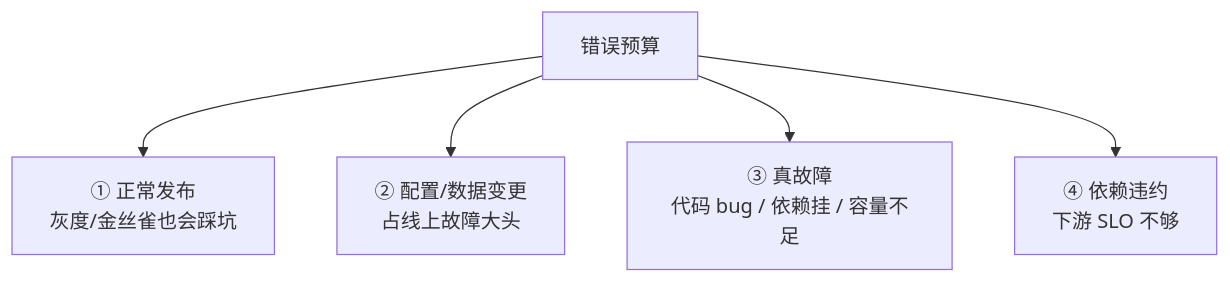
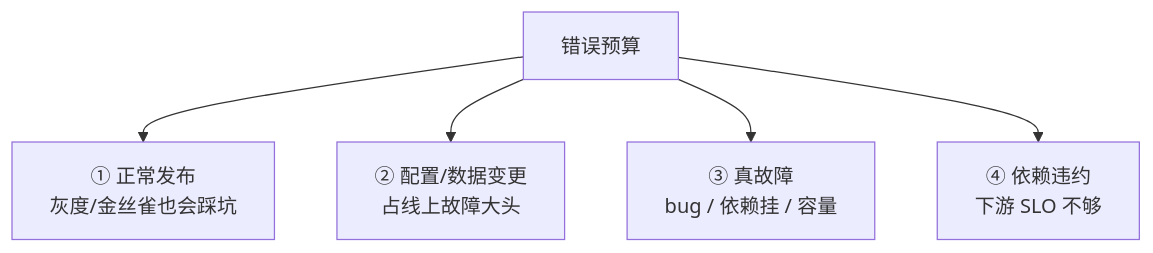
The third of 4 diagrams in 09-可观测性与SRE方法论/06-SLI-SLO与错误预算/知识点.md (ml-cuizijun/LearnToLilith), drawn with Mermaid before and after one commit. The commit also changed other lines of this file and 178 other files, not shown here.

````diff
--- a/09-可观测性与SRE方法论/06-SLI-SLO与错误预算/知识点.md
+++ b/09-可观测性与SRE方法论/06-SLI-SLO与错误预算/知识点.md
@@ -247,7 +213,7 @@
 ```mermaid
 flowchart TB
     A["错误预算"] --> B["① 正常发布<br/>灰度/金丝雀也会踩坑"]
     A --> C["② 配置/数据变更<br/>占线上故障大头"]
-    A --> D["③ 真故障<br/>代码 bug / 依赖挂 / 容量不足"]
+    A --> D["③ 真故障<br/>bug / 依赖挂 / 容量"]
     A --> E["④ 依赖违约<br/>下游 SLO 不够"]
 ```
````
